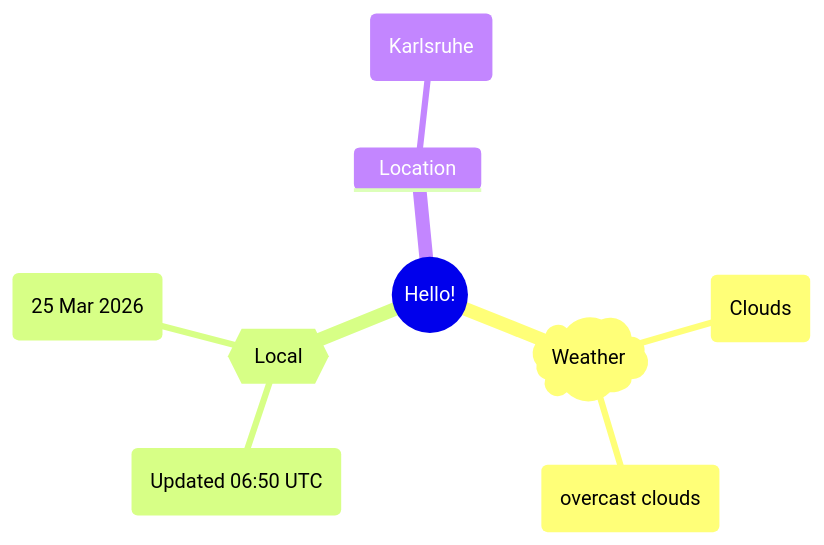
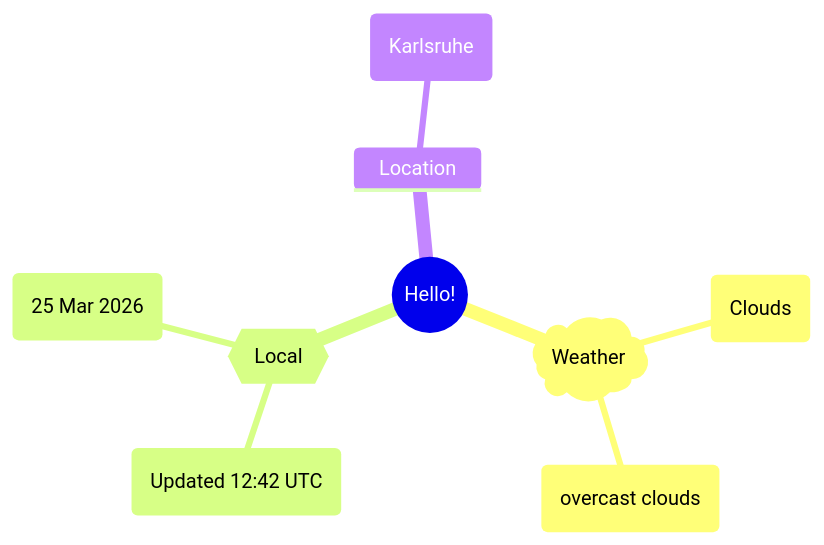
Before and after one commit to Xosrov/Xosrov: the first of 2 diagrams in README.md, drawn with Mermaid.

Commit message:
[bot] updated images

````diff
--- a/README.md
+++ b/README.md
@@ -3,12 +3,12 @@
 ```mermaid
 mindmap
   root((Hello!))
     )Weather(
         (Clouds)
         (overcast clouds)
     {{Local}}
-        (Updated 06:50 UTC)
+        (Updated 12:42 UTC)
         (25 Mar 2026)
     Location
         (Karlsruhe)
 ```
````
